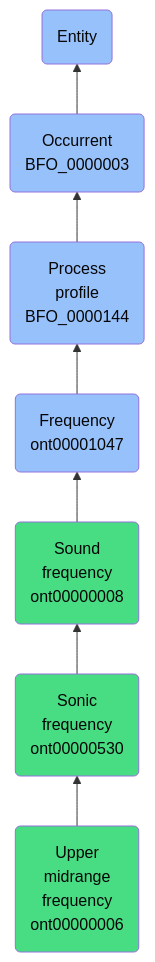
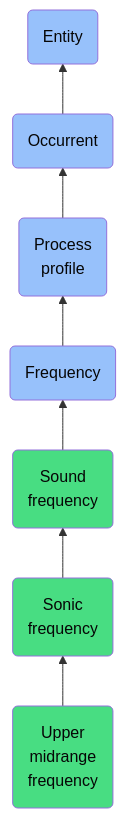
One commit to jupyter-naas/abi changed the diagram in docs/ontology/reference/model/Entity/Occurrent/Process profile/Frequency/Sound frequency/Sonic frequency/Upper midrange frequency/Upper midrange frequency.md. Above: the diagram before and after it, drawn with Mermaid. The commit also changed other lines of this file and 1430 other files, not shown here.

````diff
--- a/docs/ontology/reference/model/Entity/Occurrent/Process profile/Frequency/Sound frequency/Sonic frequency/Upper midrange frequency/Upper midrange frequency.md
+++ b/docs/ontology/reference/model/Entity/Occurrent/Process profile/Frequency/Sound frequency/Sonic frequency/Upper midrange frequency/Upper midrange frequency.md
@@ -24,14 +24,14 @@
 ```mermaid
 graph BT
-    ont00000006(Upper<br>midrange<br>frequency<br>ont00000006):::ABI-->ont00000530
-    ont00000530(Sonic<br>frequency<br>ont00000530):::ABI-->ont00000008
-    ont00000008(Sound<br>frequency<br>ont00000008):::ABI-->ont00001047
-    ont00001047(Frequency<br>ont00001047):::BFO-->BFO_0000144
-    BFO_0000144(Process<br>profile<br>BFO_0000144):::BFO-->BFO_0000003
-    BFO_0000003(Occurrent<br>BFO_0000003):::BFO-->BFO_0000001
+    ont00000006(Upper<br>midrange<br>frequency):::ABI-->ont00000530
+    ont00000530(Sonic<br>frequency):::ABI-->ont00000008
+    ont00000008(Sound<br>frequency):::ABI-->ont00001047
+    ont00001047(Frequency):::BFO-->BFO_0000144
+    BFO_0000144(Process<br>profile):::BFO-->BFO_0000003
+    BFO_0000003(Occurrent):::BFO-->BFO_0000001
     BFO_0000001(Entity):::BFO
     
     classDef BFO fill:#97c1fb,color:#060606
     classDef CCO fill:#e4c51e,color:#060606
     classDef ABI fill:#48DD82,color:#060606
 ```
````
